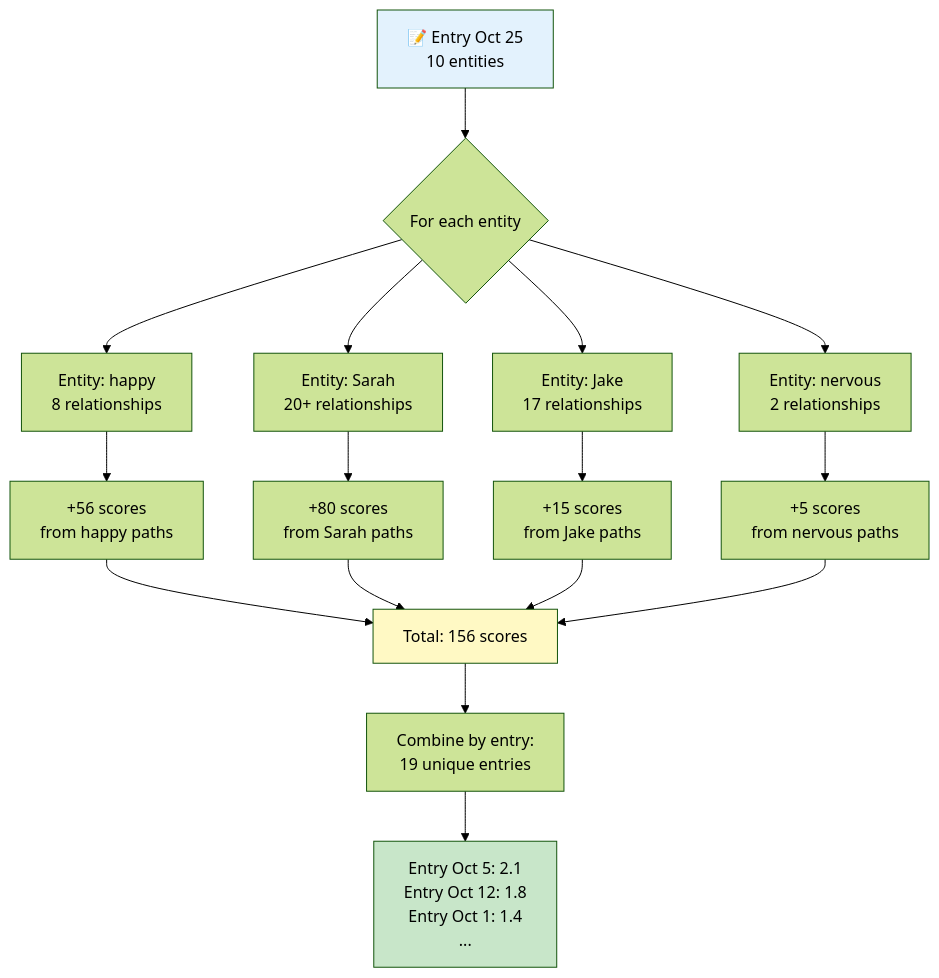
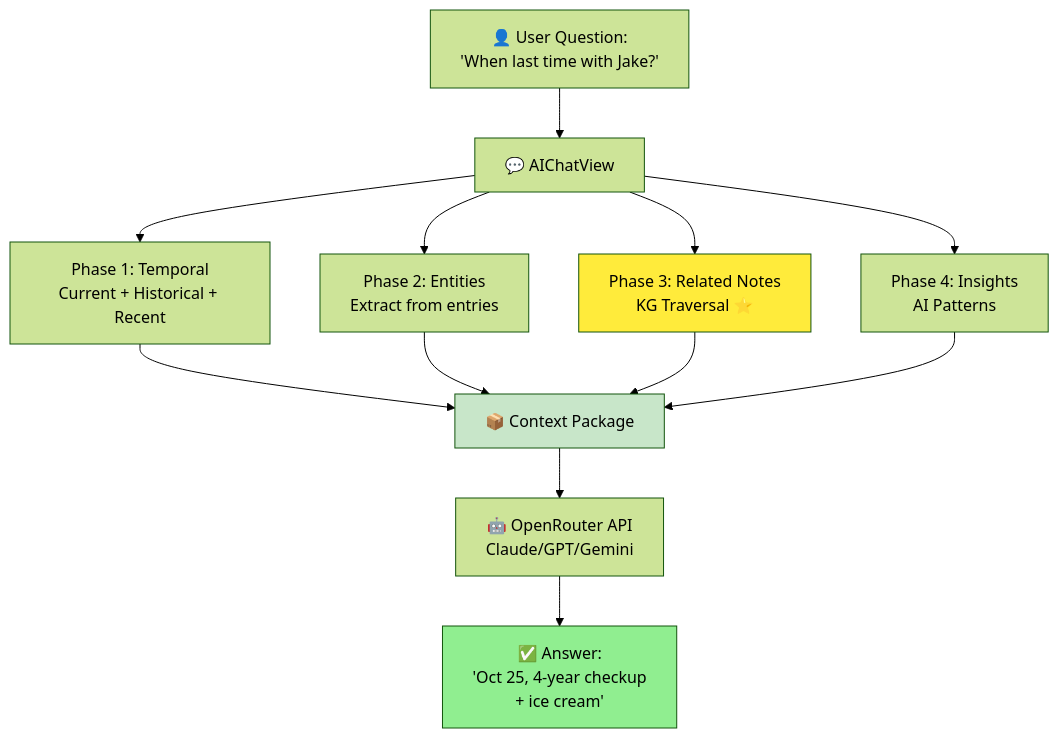
Before and after one commit to phuc-nt/kioku-ios: the sixth of 9 diagrams in docs/99_lesson/PRESENTATION_SLIDES_SHORT.md, drawn with Mermaid (forest theme). The commit also changed other lines of this file and 1 other file, not shown here.

````diff
--- a/docs/99_lesson/PRESENTATION_SLIDES_SHORT.md
+++ b/docs/99_lesson/PRESENTATION_SLIDES_SHORT.md
@@ -512,27 +324,21 @@
 ```mermaid
-graph TD
-    Entry25[📝 Entry Oct 25<br/>10 entities] --> Process{For each entity}
+graph TB
+    User[👤 User Question:<br/>'When last time with Jake?'] --> Chat[💬 AIChatView]
 
-    Process --> E1[Entity: happy<br/>8 relationships]
-    Process --> E2[Entity: Sarah<br/>20+ relationships]
-    Process --> E3[Entity: Jake<br/>17 relationships]
-    Process --> E4[Entity: nervous<br/>2 relationships]
+    Chat --> Phase1[Phase 1: Temporal<br/>Current + Historical + Recent]
+    Chat --> Phase2[Phase 2: Entities<br/>Extract from entries]
+    Chat --> Phase3[Phase 3: Related Notes<br/>KG Traversal ⭐]
+    Chat --> Phase4[Phase 4: Insights<br/>AI Patterns]
 
-    E1 --> Scores1[+56 scores<br/>from happy paths]
-    E2 --> Scores2[+80 scores<br/>from Sarah paths]
-    E3 --> Scores3[+15 scores<br/>from Jake paths]
-    E4 --> Scores4[+5 scores<br/>from nervous paths]
+    Phase1 --> Context[📦 Context Package]
+    Phase2 --> Context
+    Phase3 --> Context
+    Phase4 --> Context
 
-    Scores1 --> Total[Total: 156 scores]
-    Scores2 --> Total
-    Scores3 --> Total
-    Scores4 --> Total
+    Context --> AI[🤖 OpenRouter API<br/>Claude/GPT/Gemini]
+    AI --> Answer[✅ Answer:<br/>'Oct 25, 4-year checkup<br/>+ ice cream']
 
-    Total --> Combine[Combine by entry:<br/>19 unique entries]
-
-    Combine --> List[Entry Oct 5: 2.1<br/>Entry Oct 12: 1.8<br/>Entry Oct 1: 1.4<br/>...]
-
-    style Entry25 fill:#e3f2fd
-    style Total fill:#fff9c4
-    style List fill:#c8e6c9
+    style Phase3 fill:#ffeb3b
+    style Context fill:#c8e6c9
+    style Answer fill:#90EE90
 ```
````
